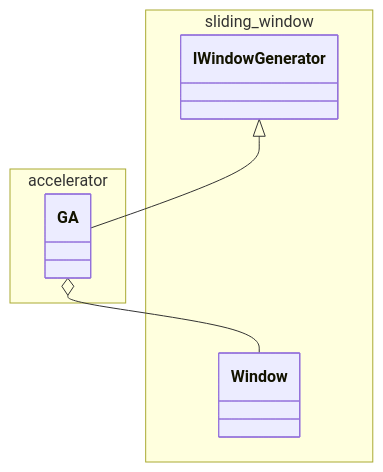
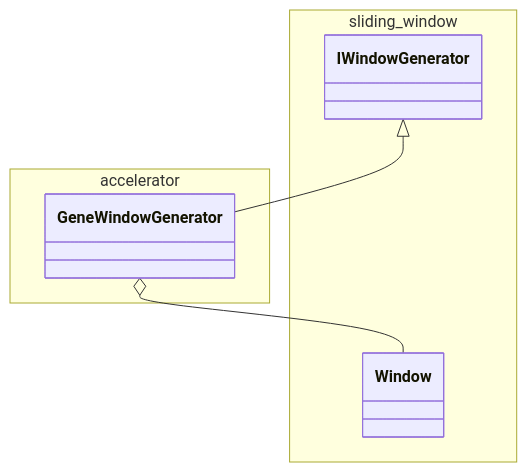
Before and after one commit to avengerandy/Text2Focus: the sixth of 6 diagrams in README.md, drawn with Mermaid. The commit also changed 2 other files, not shown here.

````diff
--- a/README.md
+++ b/README.md
@@ -162,13 +162,13 @@
 ```mermaid
 classDiagram
     namespace accelerator {
-        class GA
+        class GeneWindowGenerator
     }
 
     namespace sliding_window {
         class IWindowGenerator
         class Window
     }
-    IWindowGenerator <|-- GA
-    GA o-- Window
+    IWindowGenerator <|-- GeneWindowGenerator
+    GeneWindowGenerator o-- Window
 ```
````
